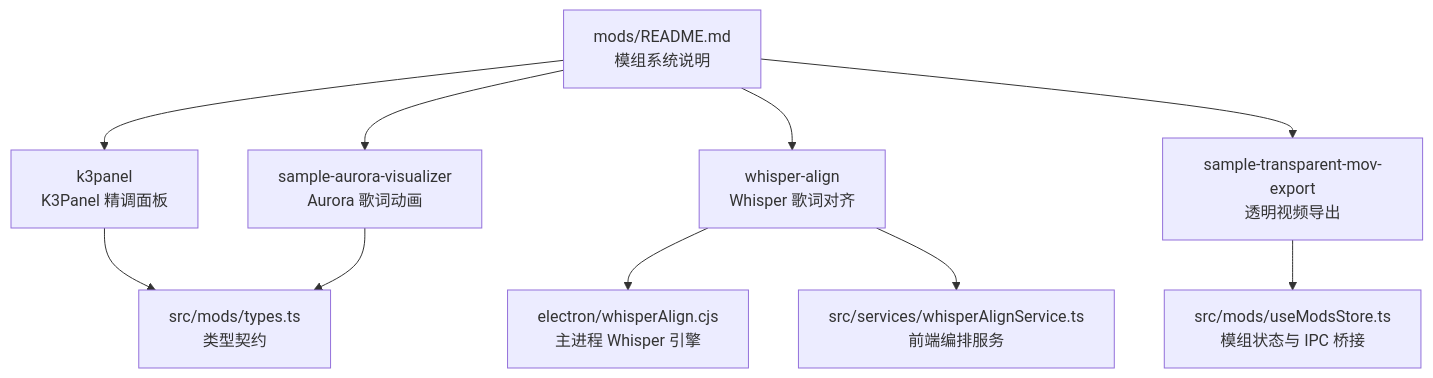
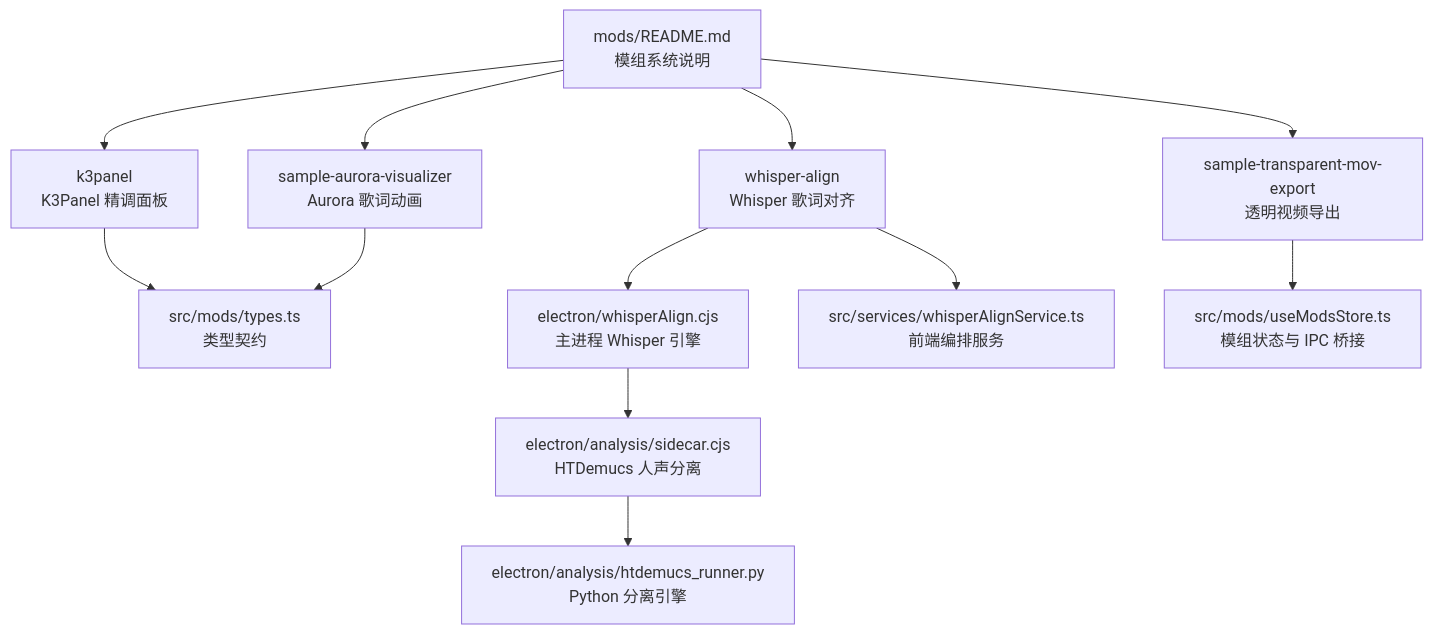
One commit to nonemarks/folia_player changed the first of 8 diagrams in .qoder/repowiki/zh/content/模组系统/内置模组详解/内置模组详解.md. Above: the diagram before and after it, drawn with Mermaid. The commit also changed other lines of this file and 4 other files, not shown here.

````diff
--- a/.qoder/repowiki/zh/content/模组系统/内置模组详解/内置模组详解.md
+++ b/.qoder/repowiki/zh/content/模组系统/内置模组详解/内置模组详解.md
@@ -40,12 +52,14 @@
 ```mermaid
 graph TB
 A["mods/README.md<br/>模组系统说明"] --> B["k3panel<br/>K3Panel 精调面板"]
 A --> C["sample-aurora-visualizer<br/>Aurora 歌词动画"]
 A --> D["whisper-align<br/>Whisper 歌词对齐"]
 A --> E["sample-transparent-mov-export<br/>透明视频导出"]
 B --> F["src/mods/types.ts<br/>类型契约"]
 C --> F
 D --> G["electron/whisperAlign.cjs<br/>主进程 Whisper 引擎"]
 D --> H["src/services/whisperAlignService.ts<br/>前端编排服务"]
 E --> I["src/mods/useModsStore.ts<br/>模组状态与 IPC 桥接"]
+G --> J["electron/analysis/sidecar.cjs<br/>HTDemucs 人声分离"]
+J --> K["electron/analysis/htdemucs_runner.py<br/>Python 分离引擎"]
 ```
````
